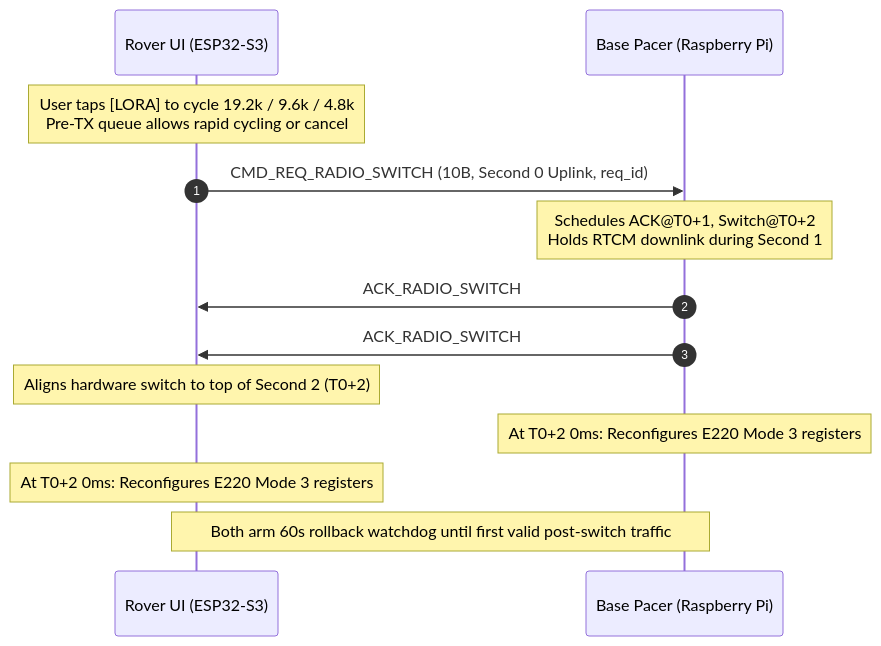
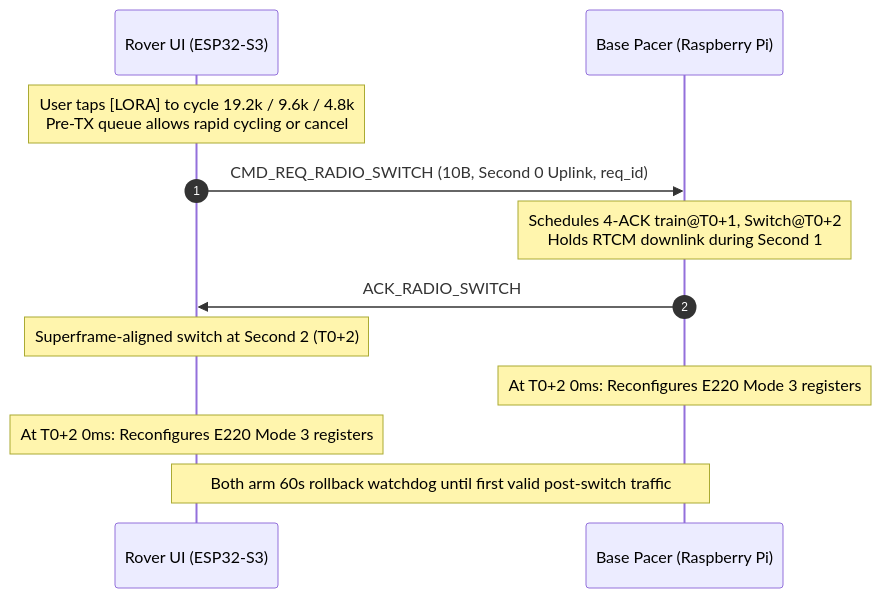
Before and after one commit to Maik9292/RTK-Rover: the diagram in docs/e220-reference.md, drawn with Mermaid. The commit also changed other lines of this file and 5 other files, not shown here.

Commit message:
v0.8.11: 4-ACK spaced Second 1 LoRa rate-switch train, 52ms single-subpacket guard & 95ms RSSI window (e220_pacer.py v3.6.5)

````diff
--- a/docs/e220-reference.md
+++ b/docs/e220-reference.md
@@ -356,16 +356,15 @@
 ```mermaid
 sequenceDiagram
     autonumber
     participant Rover as Rover UI (ESP32-S3)
     participant Base as Base Pacer (Raspberry Pi)
 
     Note over Rover: User taps [LORA] to cycle 19.2k / 9.6k / 4.8k<br/>Pre-TX queue allows rapid cycling or cancel
     Rover->>Base: CMD_REQ_RADIO_SWITCH (10B, Second 0 Uplink, req_id)
-    Note over Base: Schedules ACK@T0+1, Switch@T0+2<br/>Holds RTCM downlink during Second 1
-    Base->>Rover: ACK_RADIO_SWITCH #1 @ T0+1 0ms (11B via send_packet)
-    Base->>Rover: ACK_RADIO_SWITCH #2 @ T0+1 >=220ms (backup)
-    Note over Rover: Aligns hardware switch to top of Second 2 (T0+2)
+    Note over Base: Schedules 4-ACK train@T0+1, Switch@T0+2<br/>Holds RTCM downlink during Second 1
+    Base->>Rover: ACK_RADIO_SWITCH #1..#4 @ T0+1 80/260/440/620ms
+    Note over Rover: Superframe-aligned switch at Second 2 (T0+2)
     Note over Base: At T0+2 0ms: Reconfigures E220 Mode 3 registers
     Note over Rover: At T0+2 0ms: Reconfigures E220 Mode 3 registers
     Note over Rover,Base: Both arm 60s rollback watchdog until first valid post-switch traffic
 ```
````
